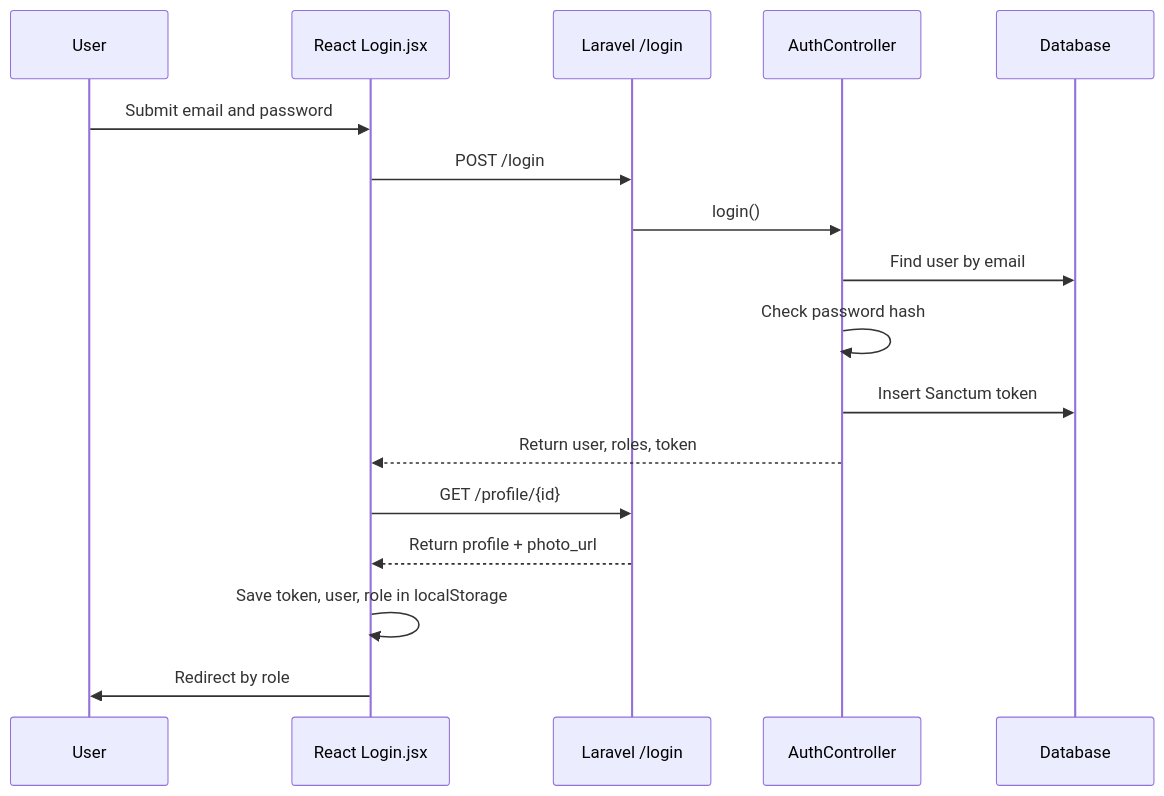
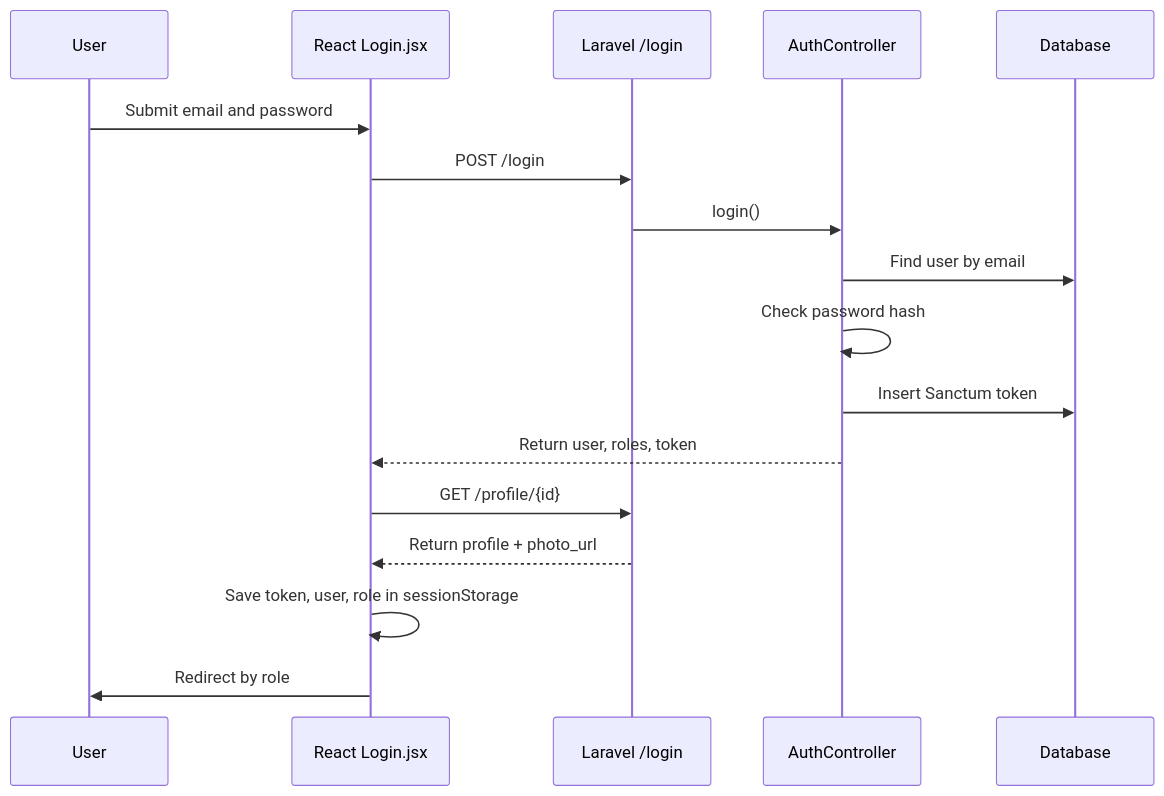
One commit to LxzndrZ/task-manager changed the second of 7 diagrams in docs/SYSTEM_WALKTHROUGH.md. Above: the diagram before and after it, drawn with Mermaid. The commit also changed other lines of this file and 14 other files, not shown here.

````diff
--- a/docs/SYSTEM_WALKTHROUGH.md
+++ b/docs/SYSTEM_WALKTHROUGH.md
@@ -192,20 +194,20 @@
 ```mermaid
 sequenceDiagram
     participant User
     participant React as React Login.jsx
     participant API as Laravel /login
     participant Auth as AuthController
     participant DB as Database
 
     User->>React: Submit email and password
     React->>API: POST /login
     API->>Auth: login()
     Auth->>DB: Find user by email
     Auth->>Auth: Check password hash
     Auth->>DB: Insert Sanctum token
     Auth-->>React: Return user, roles, token
     React->>API: GET /profile/{id}
     API-->>React: Return profile + photo_url
-    React->>React: Save token, user, role in localStorage
+    React->>React: Save token, user, role in sessionStorage
     React->>User: Redirect by role
 ```
````
